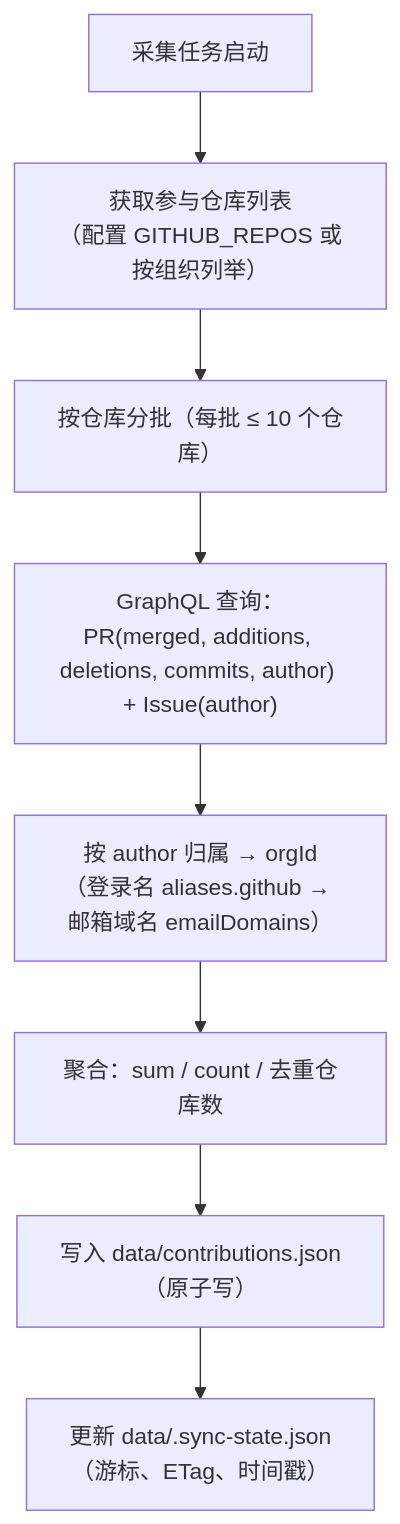
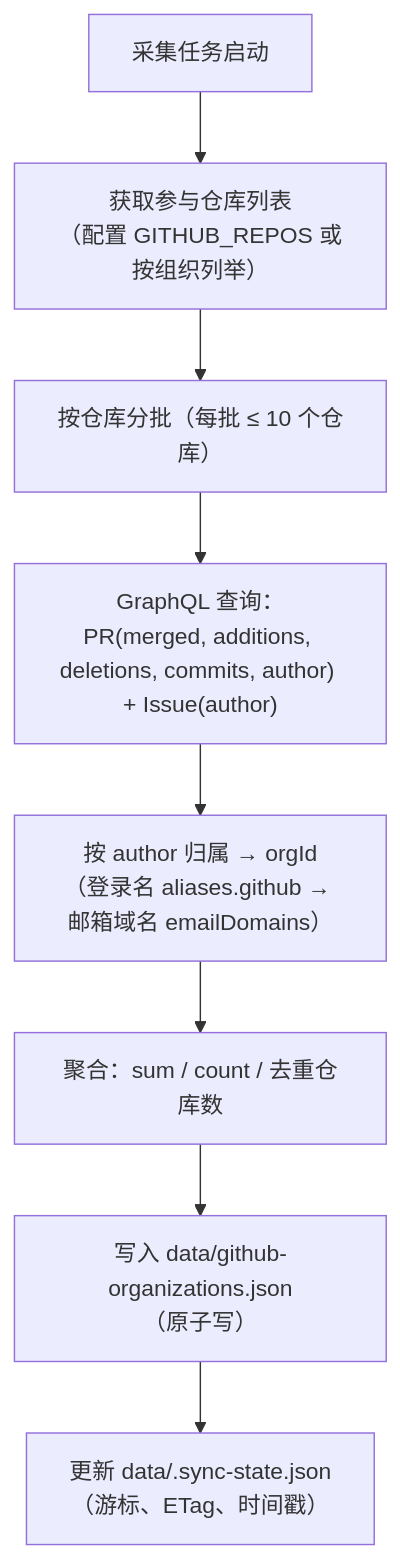
The second of 5 diagrams in docs/05-integration-roadmap.md (huang2001junjie-rgb/openan-operation-insights), drawn with Mermaid before and after one commit. The commit also changed other lines of this file and 88 other files, not shown here.

````diff
--- a/docs/05-integration-roadmap.md
+++ b/docs/05-integration-roadmap.md
@@ -84,10 +84,10 @@
 ```mermaid
 flowchart TB
   Q["采集任务启动"] --> LIST["获取参与仓库列表<br/>（配置 GITHUB_REPOS 或按组织列举）"]
   LIST --> BATCH["按仓库分批（每批 ≤ 10 个仓库）"]
   BATCH --> GQL["GraphQL 查询：<br/>PR(merged, additions, deletions, commits, author) + Issue(author)"]
   GQL --> MAP["按 author 归属 → orgId<br/>（登录名 aliases.github → 邮箱域名 emailDomains）"]
   MAP --> AGG["聚合：sum / count / 去重仓库数"]
-  AGG --> PERSIST["写入 data/contributions.json<br/>（原子写）"]
+  AGG --> PERSIST["写入 data/github-organizations.json<br/>（原子写）"]
   PERSIST --> STATE["更新 data/.sync-state.json<br/>（游标、ETag、时间戳）"]
 ```
````
